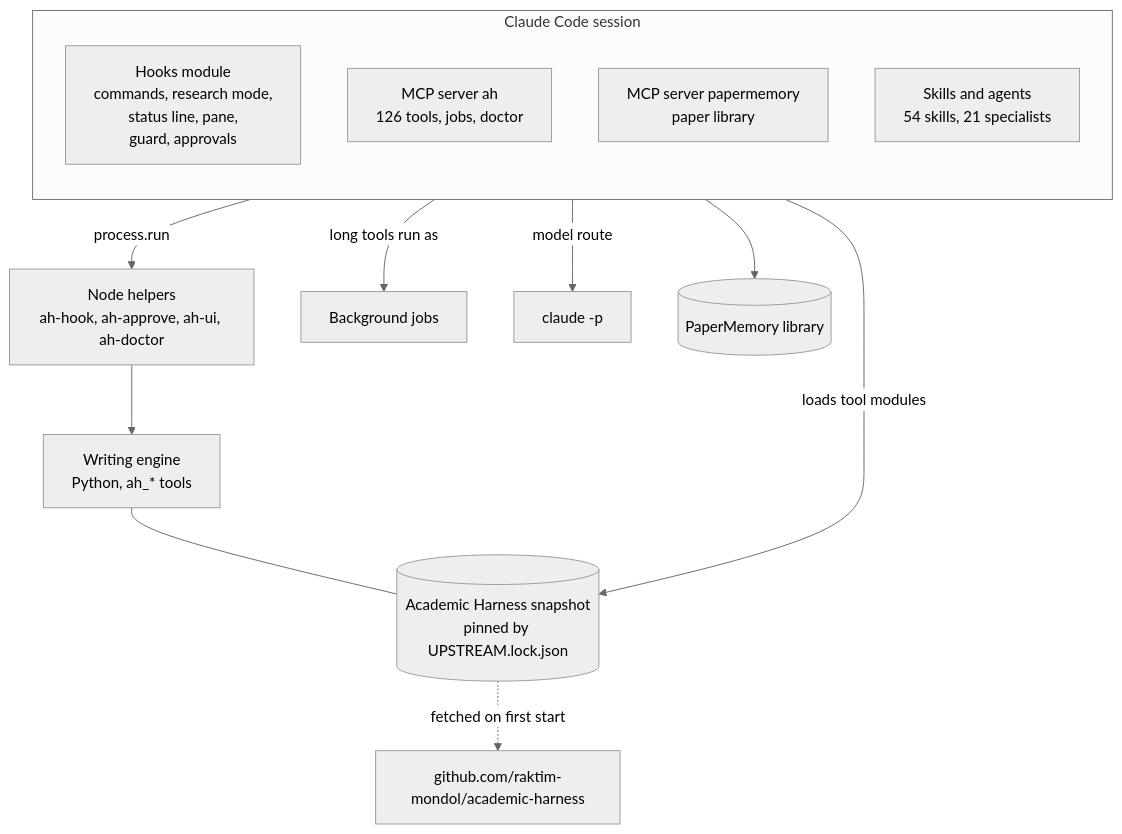
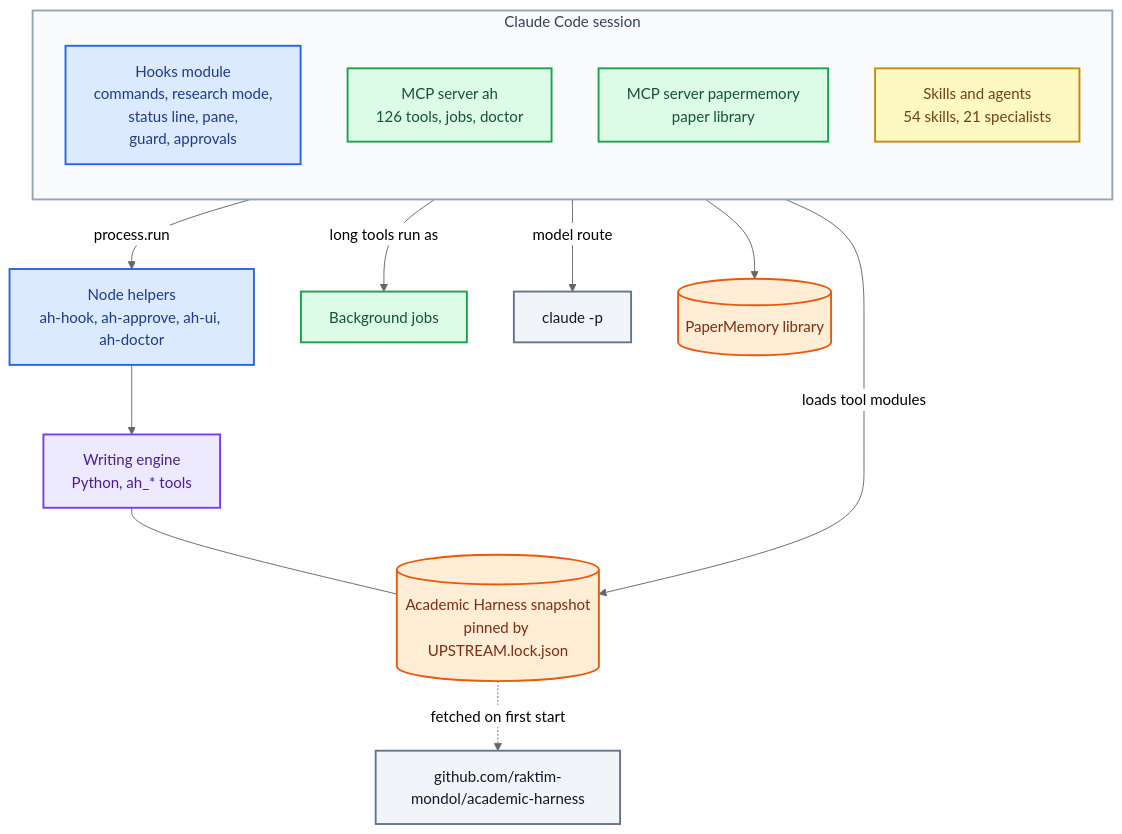
Before and after one commit to raktim-mondol/cc-mod-academic-harness: the diagram in docs/assets/architecture.mmd, drawn with Mermaid (neutral theme). The commit also changed 3 other files, not shown here.

First line of the commit message:
README architecture diagram in colour, with a legend

```diff
--- a/docs/assets/architecture.mmd
+++ b/docs/assets/architecture.mmd
@@ -1,16 +1,30 @@
 flowchart TB
   subgraph CC["Claude Code session"]
     direction TB
     H["Hooks module<br/>commands, research mode,<br/>status line, pane,<br/>guard, approvals"]
     AH["MCP server ah<br/>126 tools, jobs, doctor"]
     PM["MCP server papermemory<br/>paper library"]
     SK["Skills and agents<br/>54 skills, 21 specialists"]
   end
   H -->|"process.run"| BIN["Node helpers<br/>ah-hook, ah-approve, ah-ui, ah-doctor"]
   BIN --> ENG["Writing engine<br/>Python, ah_* tools"]
   AH -->|"loads tool modules"| UP[("Academic Harness snapshot<br/>pinned by UPSTREAM.lock.json")]
   AH -->|"long tools run as"| JOBS["Background jobs"]
   AH -->|"model route"| CLI["claude -p"]
   UP -.->|"fetched on first start"| GH["github.com/raktim-mondol/academic-harness"]
   ENG --- UP
   PM --> LIB[("PaperMemory library")]
+
+  classDef hooks fill:#dbeafe,stroke:#2563eb,stroke-width:2px,color:#1e3a8a
+  classDef server fill:#dcfce7,stroke:#16a34a,stroke-width:2px,color:#14532d
+  classDef content fill:#fef9c3,stroke:#ca8a04,stroke-width:2px,color:#713f12
+  classDef engine fill:#ede9fe,stroke:#7c3aed,stroke-width:2px,color:#4c1d95
+  classDef store fill:#ffedd5,stroke:#ea580c,stroke-width:2px,color:#7c2d12
+  classDef outside fill:#f1f5f9,stroke:#64748b,stroke-width:2px,color:#0f172a
+  class H,BIN hooks
+  class AH,PM,JOBS server
+  class SK content
+  class ENG engine
+  class UP,LIB store
+  class CLI,GH outside
+  style CC fill:#f8fafc,stroke:#94a3b8,stroke-width:2px,color:#334155
```
